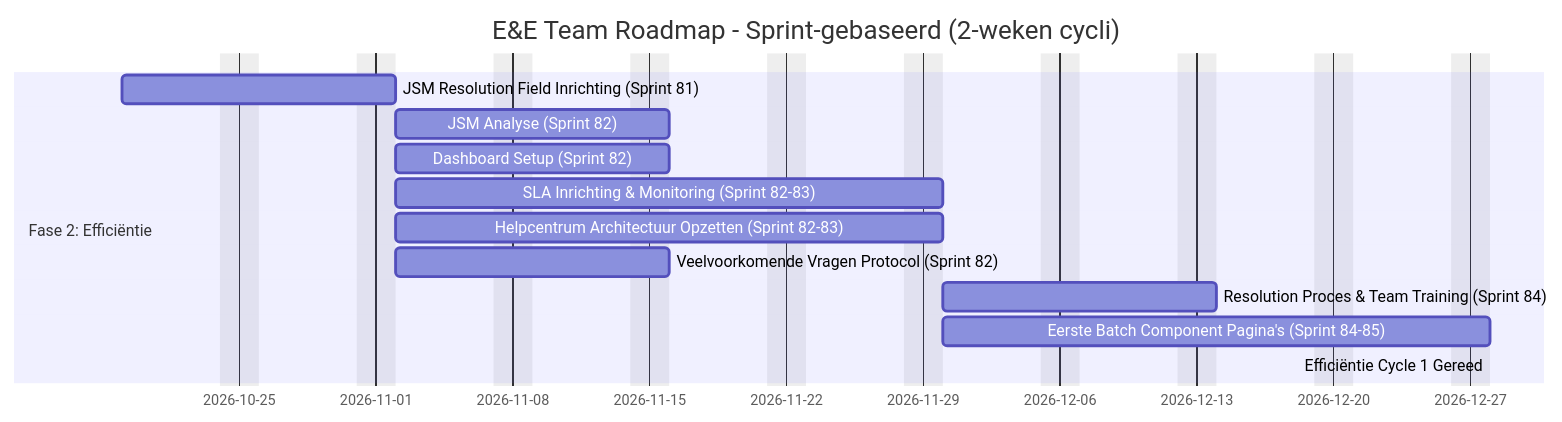
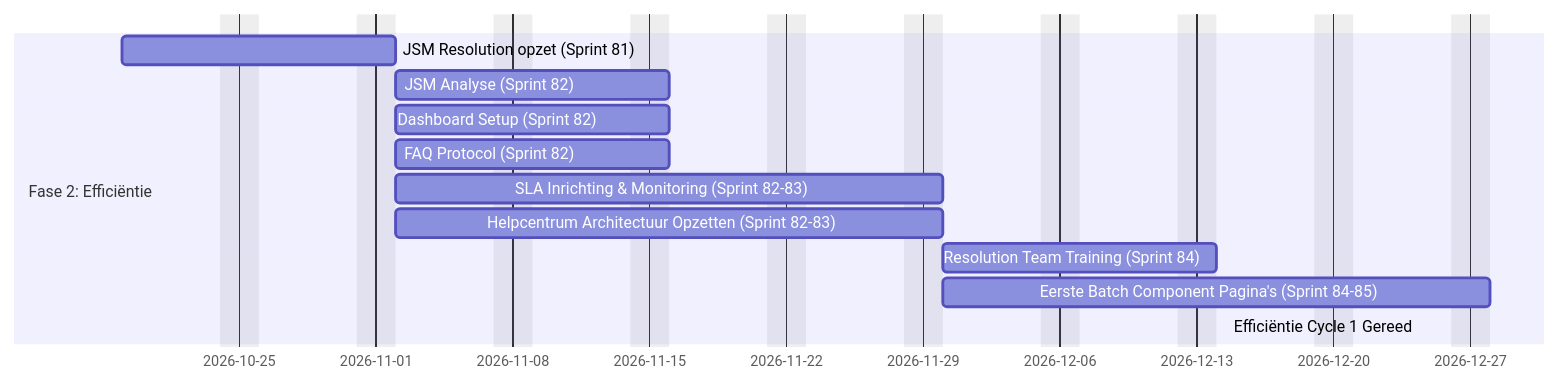
One commit to hbosscha-personal/enablement-engagement-roadmap changed the third of 6 diagrams in ROADMAP.md. Above: the diagram before and after it, drawn with Mermaid. The commit also changed other lines of this file, not shown here.

First line of the commit message:
Revise E&E Team Roadmap for clarity and updates

````diff
--- a/ROADMAP.md
+++ b/ROADMAP.md
@@ -142,17 +143,17 @@
 ```mermaid
 gantt
-    title E&E Team Roadmap - Sprint-gebaseerd (2-weken cycli)
-    dateFormat YYYY-MM-DD
-    excludes    weekends
-    
-    section Fase 2: Efficiëntie
-    JSM Resolution Field Inrichting (Sprint 81)   :p2_resolution, 2026-10-19, 2026-11-02
-    JSM Analyse (Sprint 82)                       :p2_ana,    2026-11-02, 2026-11-16
-    Dashboard Setup (Sprint 82)                   :p2_dash,   2026-11-02, 2026-11-16
-    SLA Inrichting & Monitoring (Sprint 82-83)    :p2_sla,    2026-11-02, 2026-11-30
-    Helpcentrum Architectuur Opzetten (Sprint 82-83)    :p2_hc,     2026-11-02, 2026-11-30
-    Veelvoorkomende Vragen Protocol (Sprint 82)   :p2_protocol, 2026-11-02, 2026-11-16
-    Resolution Proces & Team Training (Sprint 84)    :p2_training, 2026-11-30, 2026-12-14
-    Eerste Batch Component Pagina's (Sprint 84-85)    :p2_components, 2026-11-30, 2026-12-28
-    Efficiëntie Cycle 1 Gereed                  :crit,      p2_gate,   2026-12-28, 2026-12-28
+    dateFormat YYYY-MM-DD
+    excludes    weekends
+    todayMarker stroke-width:3px,stroke:#0f0,opacity:0.5
+    
+    section Fase 2: Efficiëntie
+    JSM Resolution opzet (Sprint 81)              :p2_resolution, 2026-10-19, 2026-11-02
+    JSM Analyse (Sprint 82)                       :p2_ana,    2026-11-02, 2026-11-16
+    Dashboard Setup (Sprint 82)                   :p2_dash,   2026-11-02, 2026-11-16
+    FAQ Protocol (Sprint 82)                      :p2_protocol, 2026-11-02, 2026-11-16
+    SLA Inrichting & Monitoring (Sprint 82-83)    :p2_sla,    2026-11-02, 2026-11-30
+    Helpcentrum Architectuur Opzetten (Sprint 82-83)    :p2_hc,     2026-11-02, 2026-11-30
+    Resolution Team Training (Sprint 84)    :p2_training, 2026-11-30, 2026-12-14
+    Eerste Batch Component Pagina's (Sprint 84-85)    :p2_components, 2026-11-30, 2026-12-28
+    Efficiëntie Cycle 1 Gereed                  :crit,      p2_gate,   2026-12-28, 2026-12-28
 ```
````
